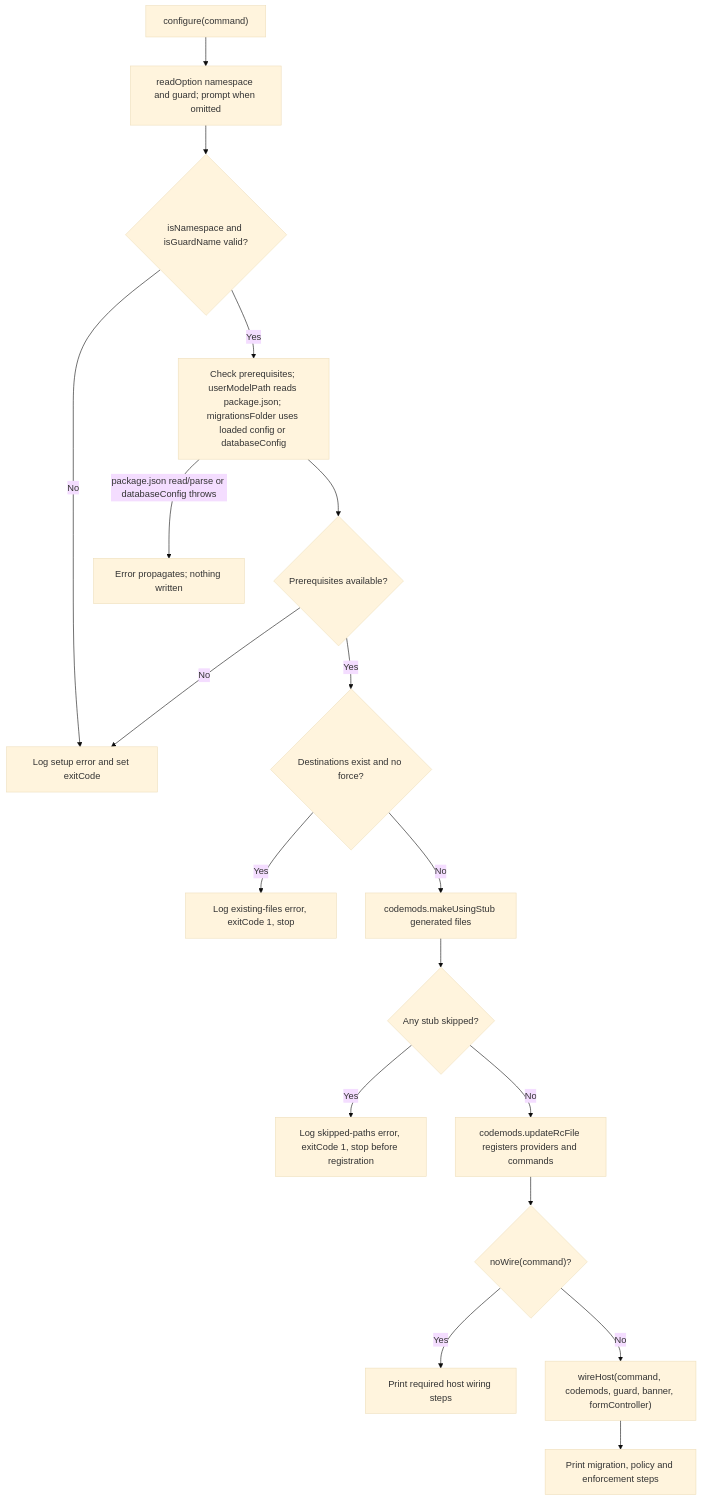
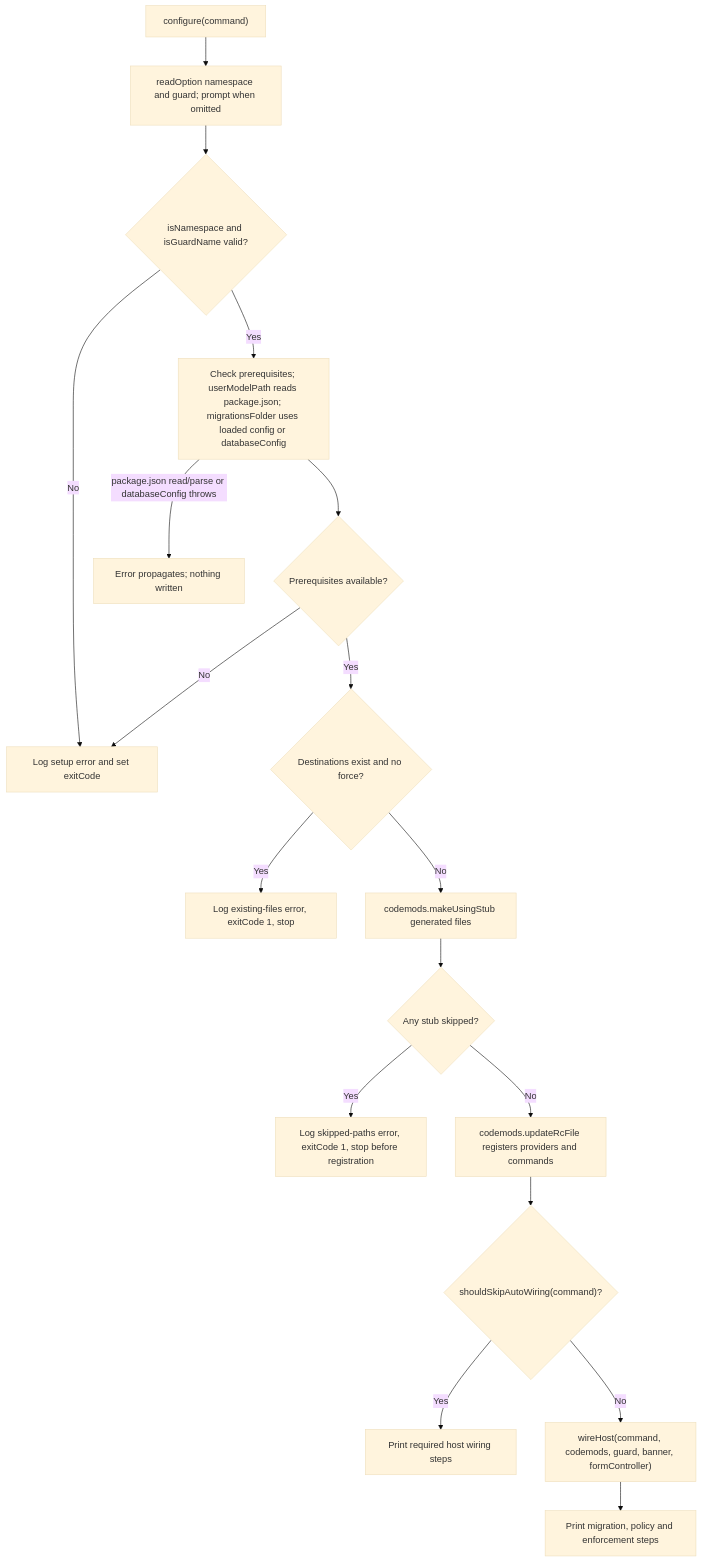
One commit to Kevinjohn/oss-adonisjs-masquerade changed the second of 2 diagrams in user-stories/configure-masquerade/us-setup-01-configure-masquerade.md. Above: the diagram before and after it, drawn with Mermaid (base theme). The commit also changed 55 other files, not shown here.

````diff
--- a/user-stories/configure-masquerade/us-setup-01-configure-masquerade.md
+++ b/user-stories/configure-masquerade/us-setup-01-configure-masquerade.md
@@ -48,20 +48,20 @@
 ```mermaid
 flowchart TD
     A["configure(command)"] --> B["readOption namespace and guard; prompt when omitted"]
     B --> N{"isNamespace and isGuardName valid?"}
     N -->|No| E["Log setup error and set exitCode"]
     N -->|Yes| C["Check prerequisites; userModelPath reads package.json; migrationsFolder uses loaded config or databaseConfig"]
     C -->|"package.json read/parse or databaseConfig throws"| R["Error propagates; nothing written"]
     C --> D{"Prerequisites available?"}
     D -->|No| E
     D -->|Yes| X{"Destinations exist and no force?"}
     X -->|Yes| Y["Log existing-files error, exitCode 1, stop"]
     X -->|No| F["codemods.makeUsingStub generated files"]
     F --> Z{"Any stub skipped?"}
     Z -->|Yes| Y2["Log skipped-paths error, exitCode 1, stop before registration"]
     Z -->|No| G["codemods.updateRcFile registers providers and commands"]
-    G --> H{"noWire(command)?"}
+    G --> H{"shouldSkipAutoWiring(command)?"}
     H -->|Yes| I["Print required host wiring steps"]
     H -->|No| J["wireHost(command, codemods, guard, banner, formController)"]
     J --> K["Print migration, policy and enforcement steps"]
 ```
````
